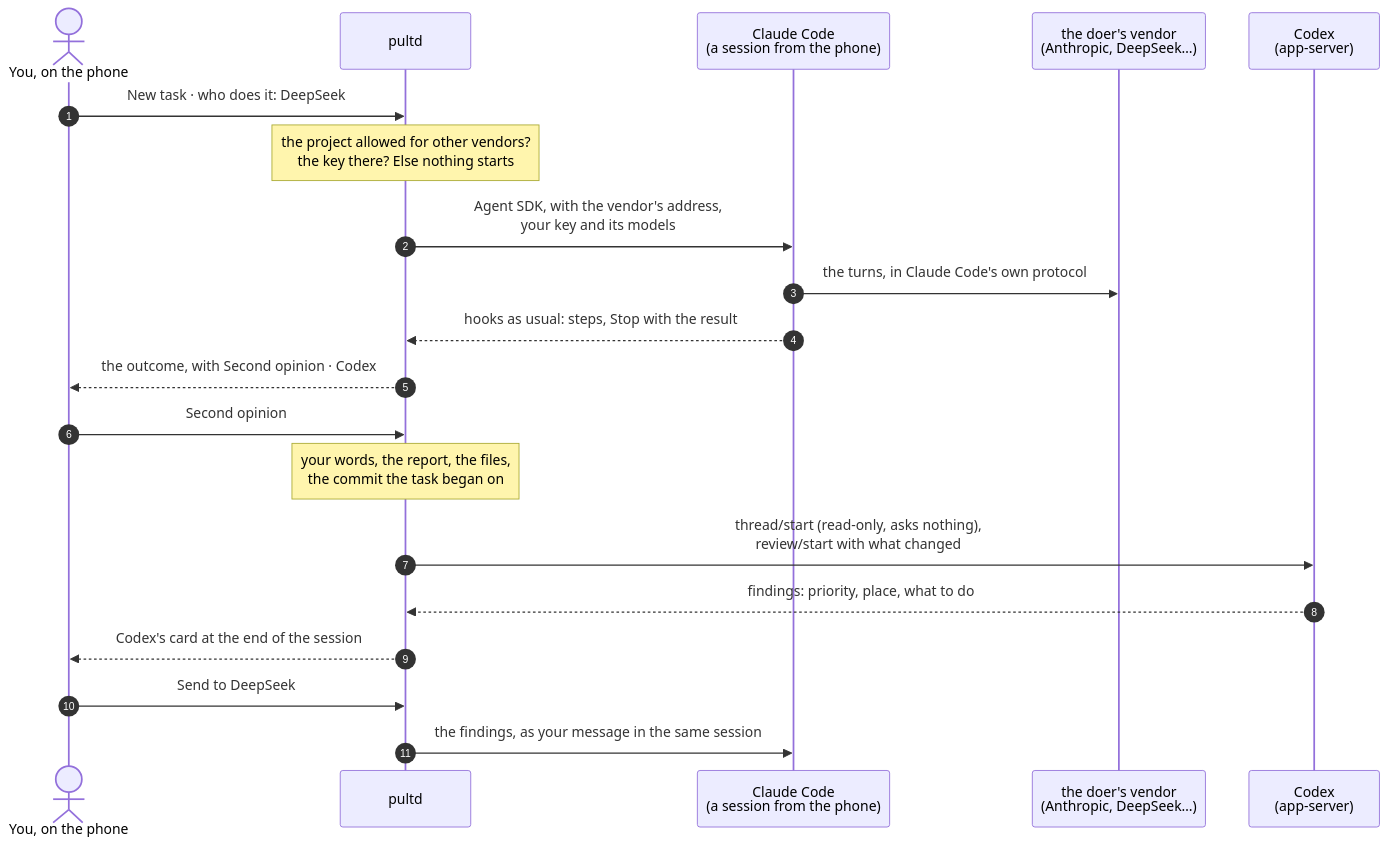
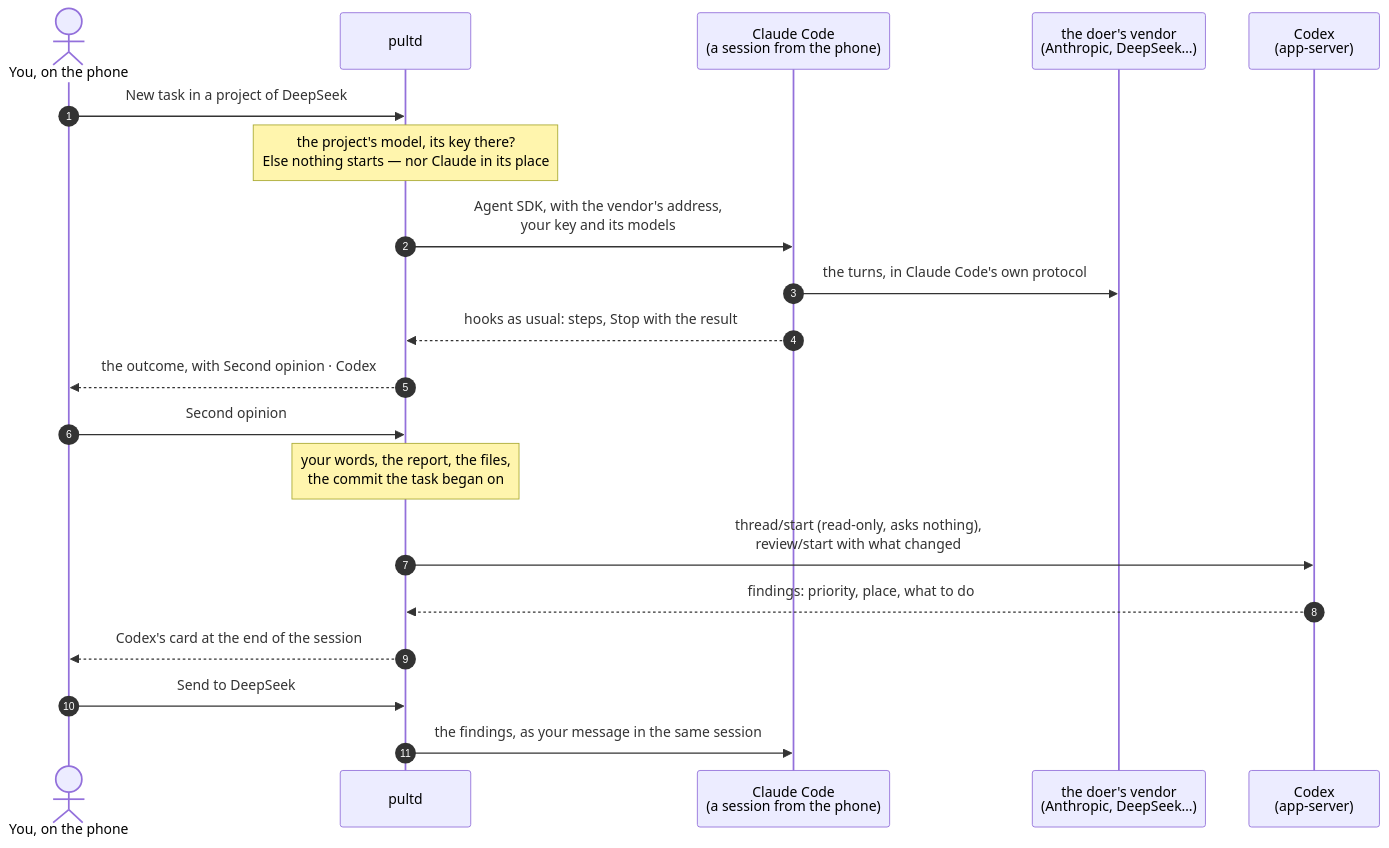
One commit to pulthq/pult changed the fourth of 6 diagrams in ARCHITECTURE.md. Above: the diagram before and after it, drawn with Mermaid. The commit also changed other lines of this file and 27 other files, not shown here.

````diff
--- a/ARCHITECTURE.md
+++ b/ARCHITECTURE.md
@@ -113,22 +113,22 @@
 ```mermaid
 sequenceDiagram
   autonumber
   actor You as You, on the phone
   participant D as pultd
   participant CC as Claude Code<br/>(a session from the phone)
   participant V as the doer's vendor<br/>(Anthropic, DeepSeek…)
   participant CX as Codex<br/>(app-server)
-  You->>D: New task · who does it: DeepSeek
-  Note over D: the project allowed for other vendors?<br/>the key there? Else nothing starts
+  You->>D: New task in a project of DeepSeek
+  Note over D: the project's model, its key there?<br/>Else nothing starts — nor Claude in its place
   D->>CC: Agent SDK, with the vendor's address,<br/>your key and its models
   CC->>V: the turns, in Claude Code's own protocol
   CC-->>D: hooks as usual: steps, Stop with the result
   D-->>You: the outcome, with Second opinion · Codex
   You->>D: Second opinion
   Note over D: your words, the report, the files,<br/>the commit the task began on
   D->>CX: thread/start (read-only, asks nothing),<br/>review/start with what changed
   CX-->>D: findings: priority, place, what to do
   D-->>You: Codex's card at the end of the session
   You->>D: Send to DeepSeek
   D->>CC: the findings, as your message in the same session
 ```
````
